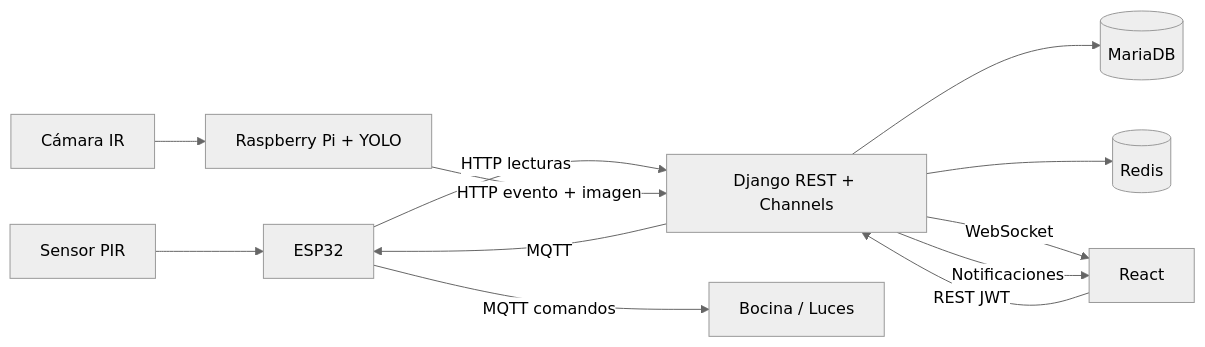
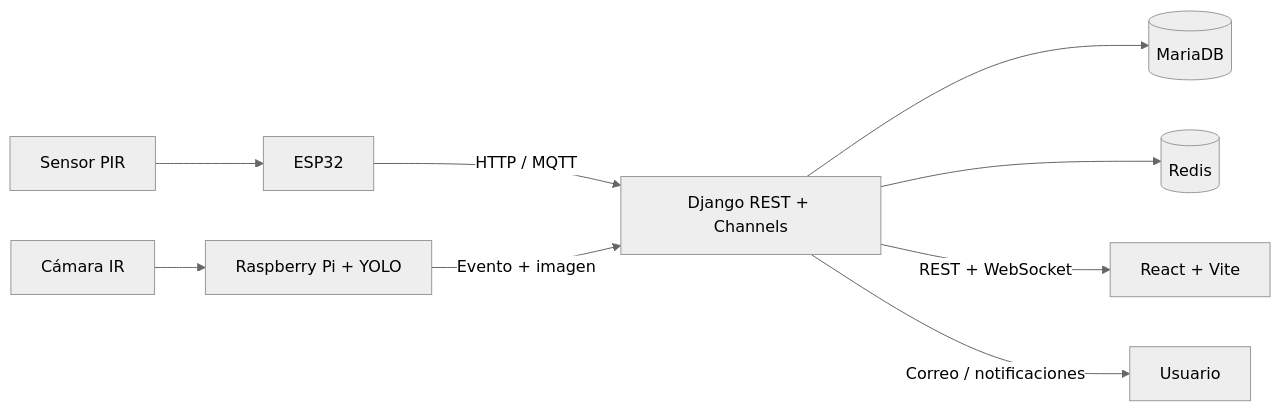
The diagram in README.md (diegoih23/SIAAC), drawn with Mermaid (neutral theme) before and after one commit. The commit also changed other lines of this file and 1 other file, not shown here.

````diff
--- a/README.md
+++ b/README.md
@@ -15,14 +23,11 @@
 ```mermaid
 flowchart LR
     PIR[Sensor PIR] --> ESP[ESP32]
-    ESP -->|HTTP lecturas| API[Django REST + Channels]
-    ESP -->|MQTT comandos| ACT[Bocina / Luces]
     CAM[Cámara IR] --> RPI[Raspberry Pi + YOLO]
-    RPI -->|HTTP evento + imagen| API
+    ESP -->|HTTP / MQTT| API[Django REST + Channels]
+    RPI -->|Evento + imagen| API
     API --> DB[(MariaDB)]
     API --> REDIS[(Redis)]
-    API -->|WebSocket| WEB[React]
-    API -->|Notificaciones| WEB
-    WEB -->|REST JWT| API
-    API -->|MQTT| ESP
+    API -->|REST + WebSocket| WEB[React + Vite]
+    API -->|Correo / notificaciones| USER[Usuario]
 ```
````
